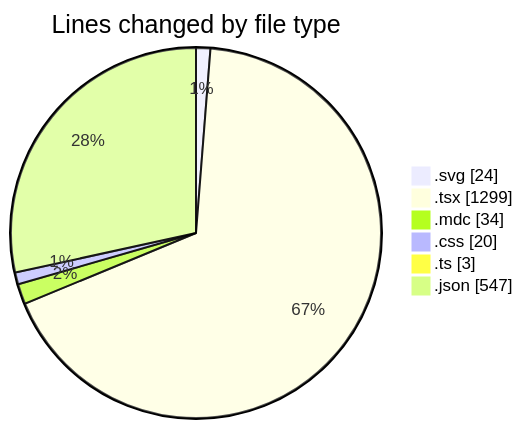
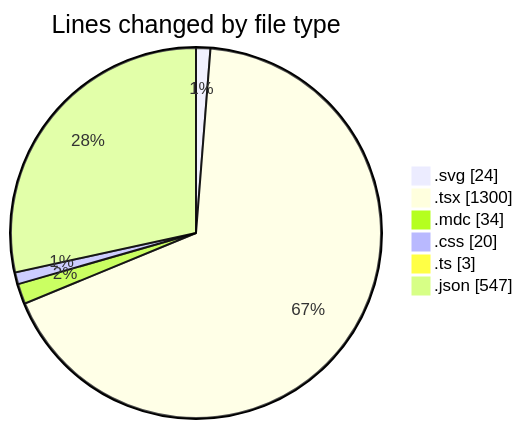
The first of 2 diagrams in 2025-07-18/ribbon/README.md (EIIisD/code-tracking), drawn with Mermaid before and after one commit. The commit also changed other lines of this file and 1 other file, not shown here.

````diff
--- a/2025-07-18/ribbon/README.md
+++ b/2025-07-18/ribbon/README.md
@@ -27,10 +27,10 @@
 ```mermaid
 pie showData
 title Lines changed by file type
 ".svg" : 24
-".tsx" : 1299
+".tsx" : 1300
 ".mdc" : 34
 ".css" : 20
 ".ts" : 3
 ".json" : 547
 ```
````
